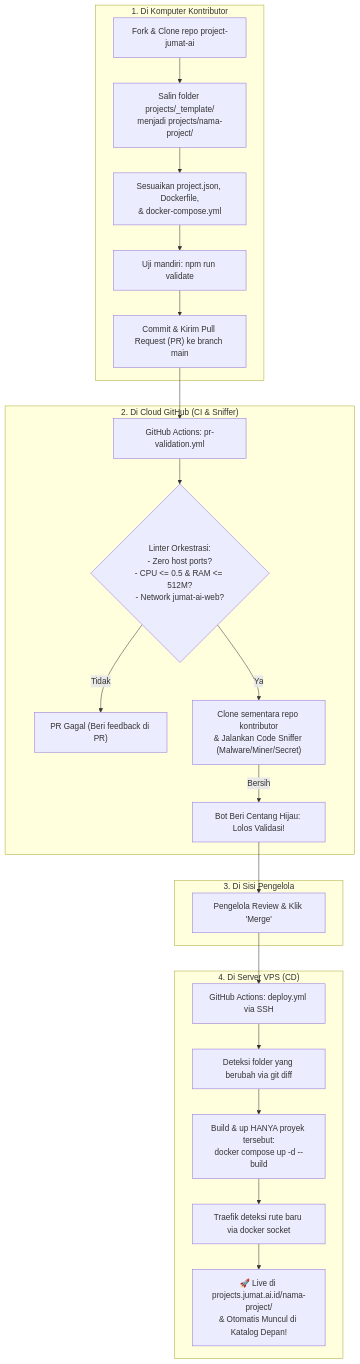
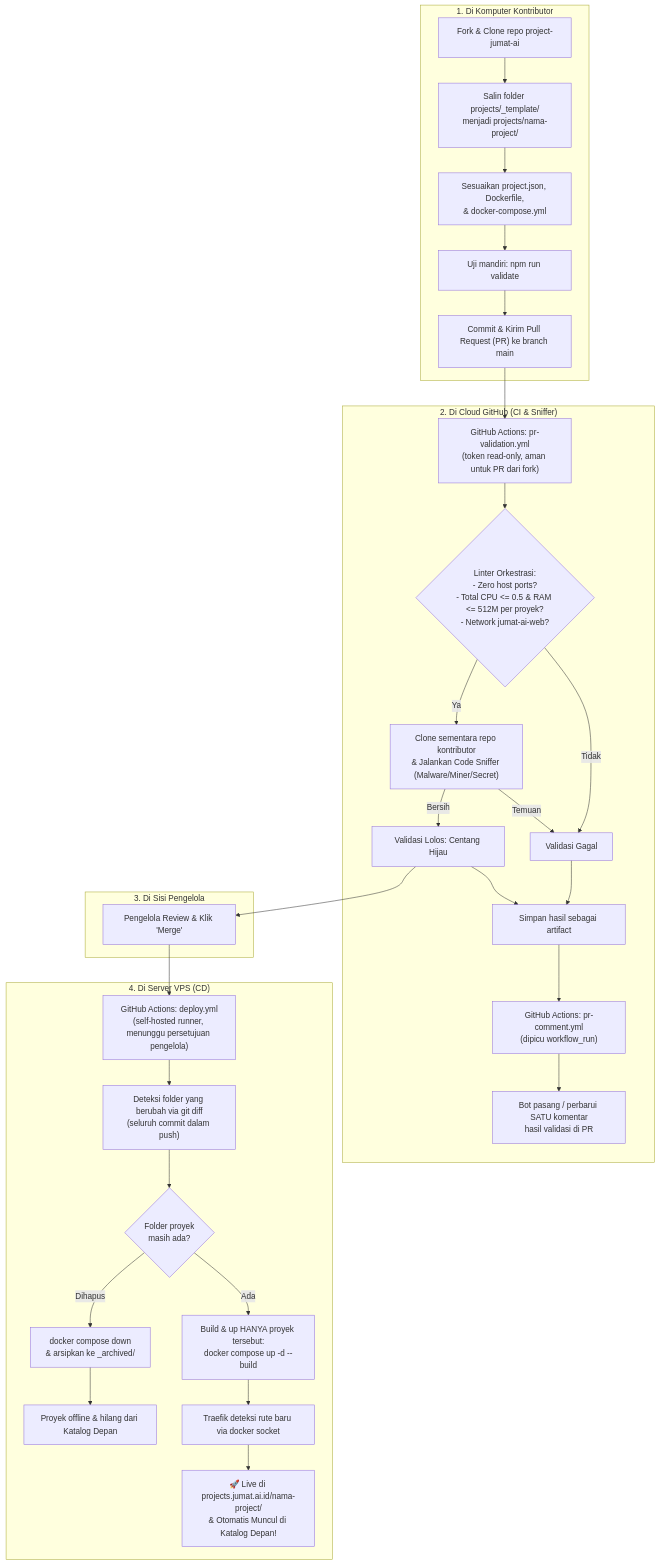
The diagram in CONTRIBUTING.md (Jumat-AI/projects), drawn with Mermaid before and after one commit. The commit also changed other lines of this file and 17 other files, not shown here.

````diff
--- a/CONTRIBUTING.md
+++ b/CONTRIBUTING.md
@@ -9,29 +9,37 @@
 ```mermaid
 flowchart TD
     subgraph Kontributor["1. Di Komputer Kontributor"]
         A["Fork & Clone repo project-jumat-ai"] --> B["Salin folder projects/_template/\nmenjadi projects/nama-project/"]
         B --> C["Sesuaikan project.json, Dockerfile,\n& docker-compose.yml"]
         C --> D["Uji mandiri: npm run validate"]
         D --> E["Commit & Kirim Pull Request (PR) ke branch main"]
     end
 
     subgraph GitHubCI["2. Di Cloud GitHub (CI & Sniffer)"]
-        E --> F["GitHub Actions: pr-validation.yml"]
-        F --> G{"Linter Orkestrasi:\n- Zero host ports?\n- CPU <= 0.5 & RAM <= 512M?\n- Network jumat-ai-web?"}
-        G -- Tidak --> H["PR Gagal (Beri feedback di PR)"]
+        E --> F["GitHub Actions: pr-validation.yml\n(token read-only, aman untuk PR dari fork)"]
+        F --> G{"Linter Orkestrasi:\n- Zero host ports?\n- Total CPU <= 0.5 & RAM <= 512M per proyek?\n- Network jumat-ai-web?"}
+        G -- Tidak --> H["Validasi Gagal"]
         G -- Ya --> I["Clone sementara repo kontributor\n& Jalankan Code Sniffer (Malware/Miner/Secret)"]
-        I -- Bersih --> J["Bot Beri Centang Hijau: Lolos Validasi!"]
+        I -- Temuan --> H
+        I -- Bersih --> J["Validasi Lolos: Centang Hijau"]
+        H --> R["Simpan hasil sebagai artifact"]
+        J --> R
+        R --> S["GitHub Actions: pr-comment.yml\n(dipicu workflow_run)"]
+        S --> T["Bot pasang / perbarui SATU komentar\nhasil validasi di PR"]
     end
 
     subgraph AdminAction["3. Di Sisi Pengelola"]
         J --> K["Pengelola Review & Klik 'Merge'"]
     end
 
     subgraph ServerDeploy["4. Di Server VPS (CD)"]
-        K --> L["GitHub Actions: deploy.yml via SSH"]
-        L --> M["Deteksi folder yang berubah via git diff"]
-        M --> N["Build & up HANYA proyek tersebut:\ndocker compose up -d --build"]
+        K --> L["GitHub Actions: deploy.yml\n(self-hosted runner, menunggu persetujuan pengelola)"]
+        L --> M["Deteksi folder yang berubah via git diff\n(seluruh commit dalam push)"]
+        M --> Q{"Folder proyek\nmasih ada?"}
+        Q -- Dihapus --> X["docker compose down\n& arsipkan ke _archived/"]
+        X --> Z["Proyek offline & hilang dari Katalog Depan"]
+        Q -- Ada --> N["Build & up HANYA proyek tersebut:\ndocker compose up -d --build"]
         N --> O["Traefik deteksi rute baru via docker socket"]
         O --> P["🚀 Live di projects.jumat.ai.id/nama-project/\n& Otomatis Muncul di Katalog Depan!"]
     end
 ```
````
